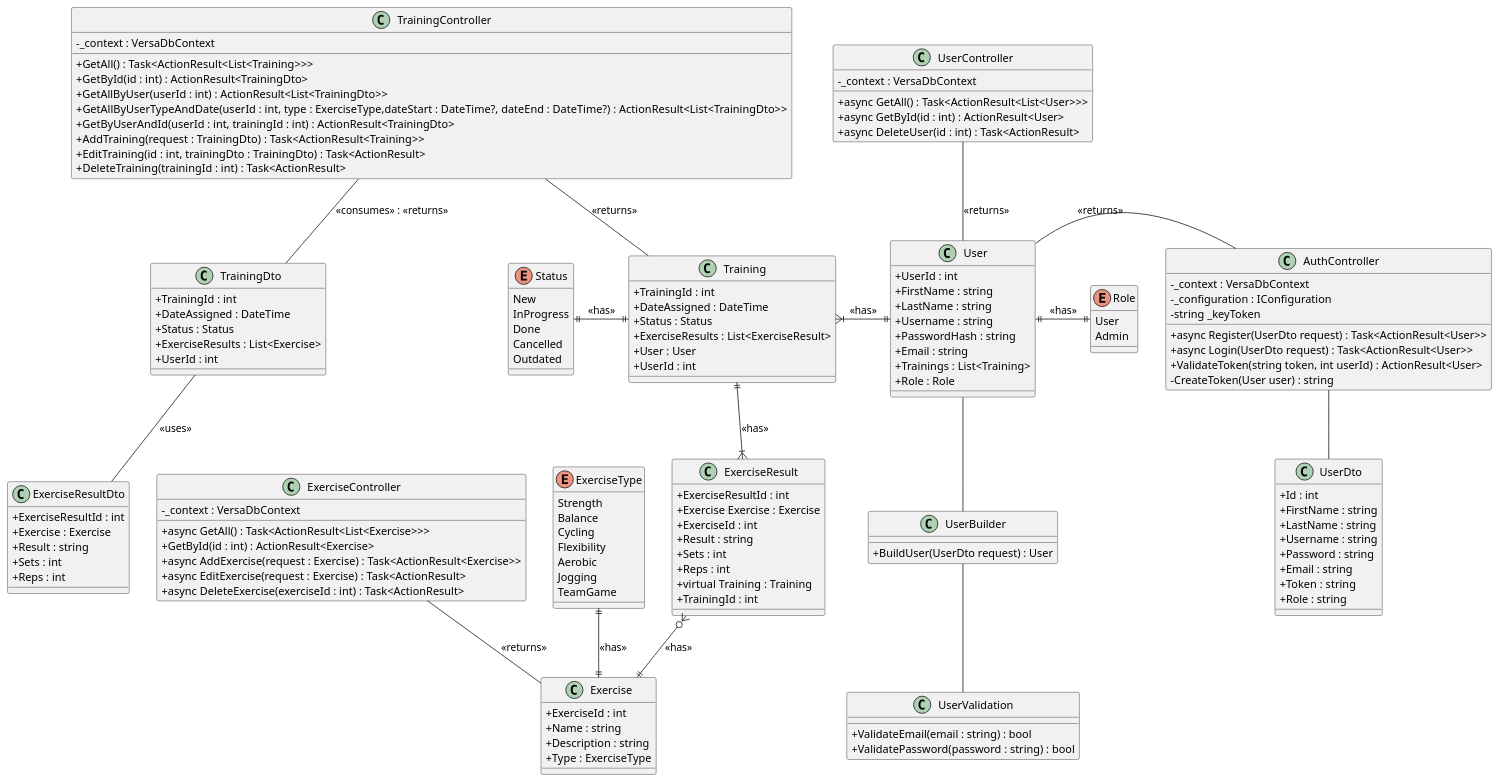
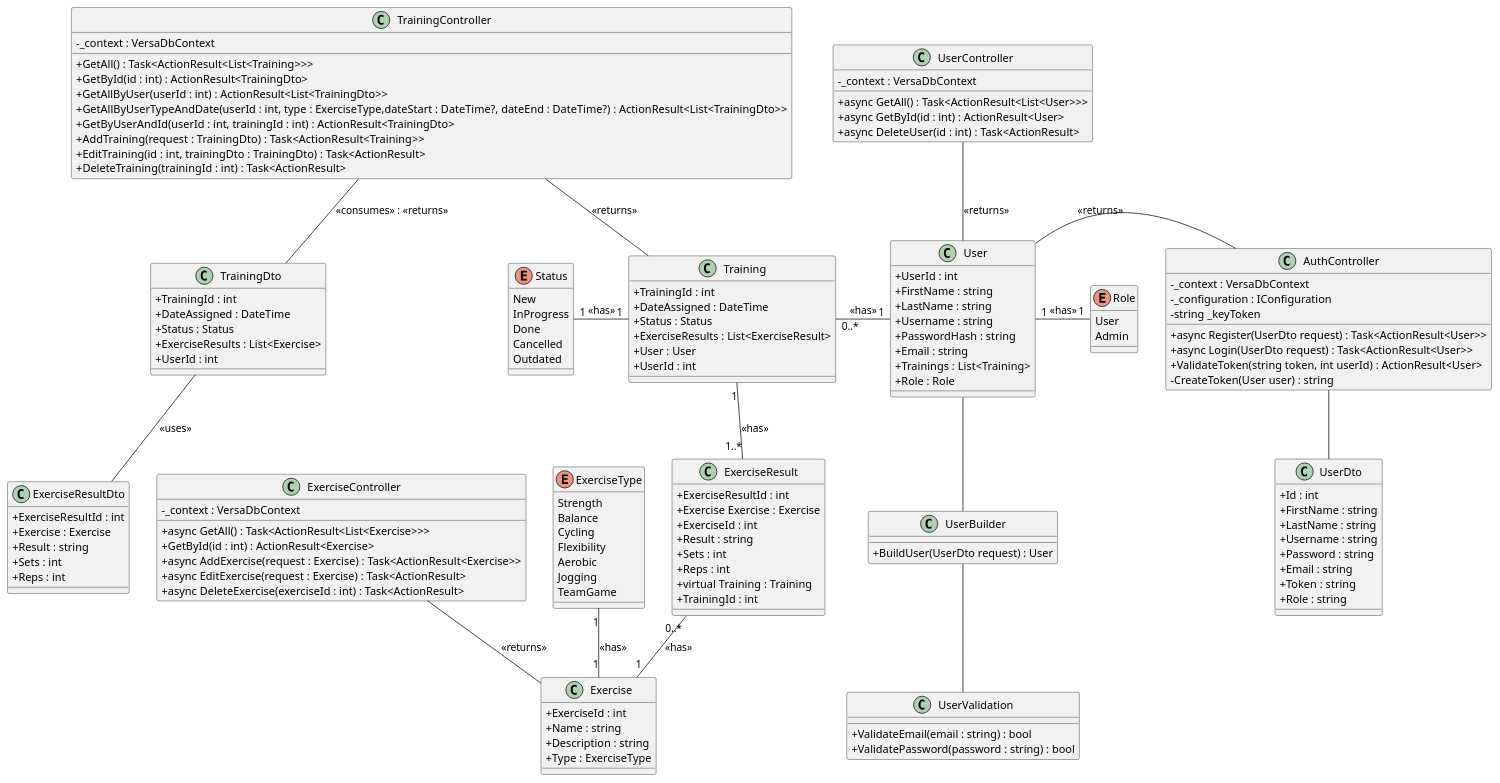
One commit to bedziox/VersaLog changed the second of 12 diagrams in docs/Documentation.puml. Above: the diagram before and after it, drawn with PlantUML. The commit also changed other lines of this file and 20 other files, not shown here.

```diff
--- a/docs/Documentation.puml
+++ b/docs/Documentation.puml
@@ -49,163 +46,163 @@
 @startuml ServerClassDiagram
 skinparam classAttributeIconSize 0
 class AuthController {
   - _context : VersaDbContext 
   - _configuration : IConfiguration 
   - string _keyToken  
   + async Register(UserDto request) : Task<ActionResult<User>>
   + async Login(UserDto request) : Task<ActionResult<User>>
   + ValidateToken(string token, int userId) : ActionResult<User>
   - CreateToken(User user) : string
 }
 
 class ExerciseController {
   - _context : VersaDbContext
   + async GetAll() : Task<ActionResult<List<Exercise>>>
   + GetById(id : int) : ActionResult<Exercise>
   + async AddExercise(request : Exercise) : Task<ActionResult<Exercise>>
   + async EditExercise(request : Exercise) : Task<ActionResult>
   + async DeleteExercise(exerciseId : int) : Task<ActionResult>
 }
 
 class TrainingController {
   - _context : VersaDbContext
   + GetAll() : Task<ActionResult<List<Training>>>
   + GetById(id : int) : ActionResult<TrainingDto>
   + GetAllByUser(userId : int) : ActionResult<List<TrainingDto>>
   + GetAllByUserTypeAndDate(userId : int, type : ExerciseType,dateStart : DateTime?,  dateEnd : DateTime?) : ActionResult<List<TrainingDto>>
   + GetByUserAndId(userId : int, trainingId : int) : ActionResult<TrainingDto>
   + AddTraining(request : TrainingDto) : Task<ActionResult<Training>>
   + EditTraining(id : int, trainingDto : TrainingDto) : Task<ActionResult>
   + DeleteTraining(trainingId : int) : Task<ActionResult>
 }
 
 class UserController {
   - _context : VersaDbContext
   + async GetAll() : Task<ActionResult<List<User>>>
   + async GetById(id : int) : ActionResult<User>
   + async DeleteUser(id : int) : Task<ActionResult>
 }
 
 class UserDto {
   + Id : int
   + FirstName : string
   + LastName : string
   + Username : string
   + Password : string
   + Email : string
   + Token : string
   + Role : string
 }
 
 class TrainingDto {
   + TrainingId : int
   + DateAssigned : DateTime
   + Status : Status
   + ExerciseResults : List<Exercise>
   + UserId : int
 }
 
 class ExerciseResult{
     + ExerciseResultId : int
     + Exercise Exercise : Exercise
     + ExerciseId : int
     + Result : string
     + Sets : int
     + Reps : int
     + virtual Training : Training
     + TrainingId : int
 }
 
 class ExerciseResultDto{
     + ExerciseResultId : int
     + Exercise : Exercise
     + Result : string
     + Sets : int
     + Reps : int
 }
 
 class UserBuilder {
   + BuildUser(UserDto request) : User
 }
 
 class UserValidation {
   + ValidateEmail(email : string) : bool
   + ValidatePassword(password : string) : bool
 }
 
 class Exercise {
   + ExerciseId : int
   + Name : string
   + Description : string
   + Type : ExerciseType
 }
 
 class Training {
   + TrainingId : int
   + DateAssigned : DateTime
   + Status : Status
   + ExerciseResults : List<ExerciseResult>
   + User : User
   + UserId : int
 }
 
 class User {
   + UserId : int
   + FirstName : string
   + LastName : string
   + Username : string
   + PasswordHash : string
   + Email : string
   + Trainings : List<Training>
   + Role : Role
 }
 
 enum ExerciseType {
   Strength
   Balance
   Cycling
   Flexibility
   Aerobic
   Jogging
   TeamGame
 }
 
 enum Status {
   New
   InProgress
   Done
   Cancelled
   Outdated
 }
 
 enum Role{
     User
     Admin
 }
 
 UserBuilder -up- User
 
 AuthController -- UserDto
 
 UserValidation -up- UserBuilder
 
 TrainingDto -up- TrainingController : <<consumes>> : <<returns>> 
 
-Status ||-|| Training : <<has>>
+Status  "1" - "1" Training : <<has>>
 
-ExerciseType  ||--|| Exercise : <<has>>
+ExerciseType  "1"--"1" Exercise : <<has>>
 
-User ||--left-|{ Training : <<has>>
-User ||-|| Role : <<has>>
-Training ||--|{ ExerciseResult : <<has>>
-ExerciseResult }o--|| Exercise : <<has>>
+User "1"--left- "0..*" Training : <<has>>
+User "1"-"1" Role : <<has>>
+Training "1"--"1..*" ExerciseResult : <<has>>
+ExerciseResult "0..*"--"1" Exercise : <<has>>
 
 AuthController -left- User : <<returns>>
 ExerciseController -- Exercise : <<returns>>
 TrainingController -- Training : <<returns>>
 TrainingDto -down- ExerciseResultDto : <<uses>>
 UserController -- User : <<returns>>
 
 
 
 @enduml
```
